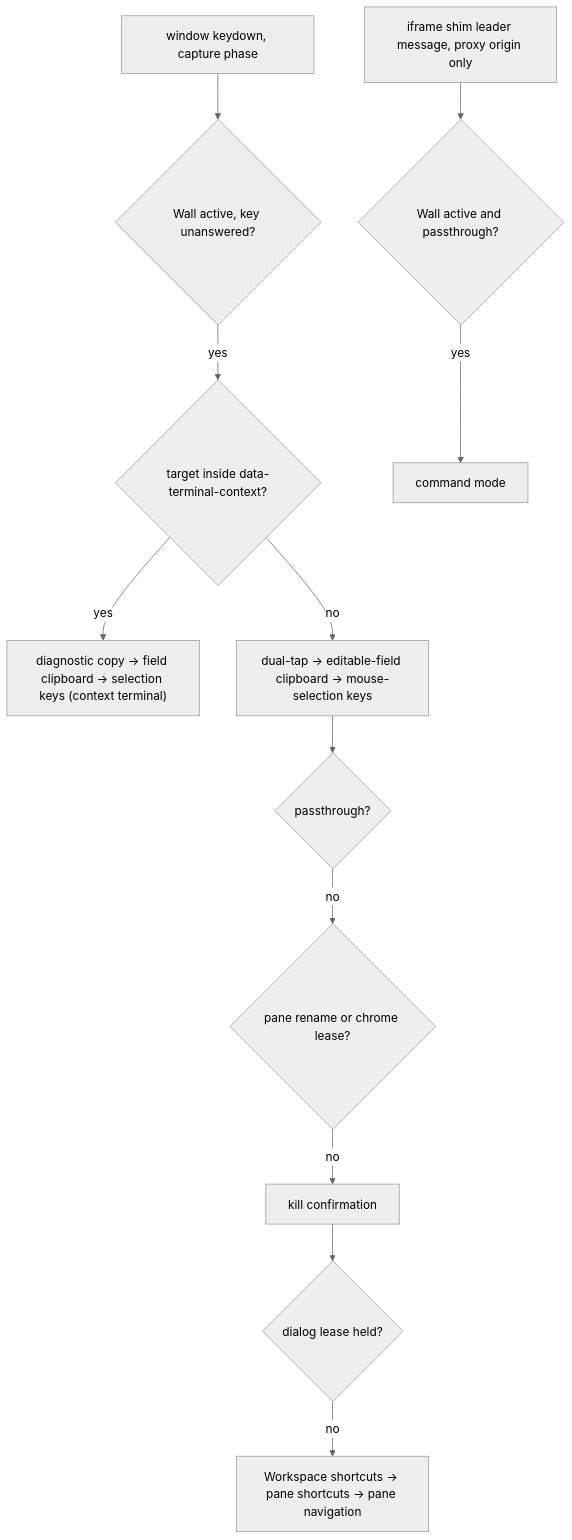
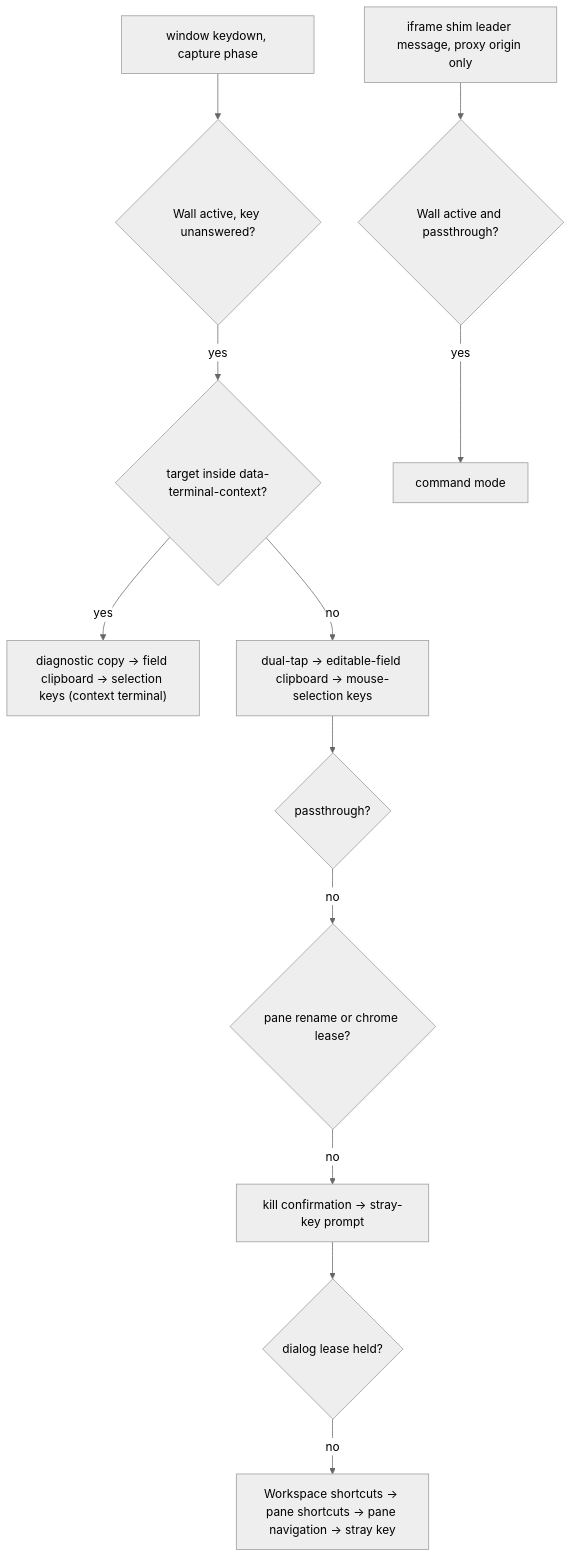
Before and after one commit to diffplug/dormouse: the first of 2 diagrams in docs/specs/layout.md, drawn with Mermaid (neutral theme). The commit also changed other lines of this file and 13 other files, not shown here.

First line of the commit message:
Raise a prompt on a stray key in command mode instead of passing it

````diff
--- a/docs/specs/layout.md
+++ b/docs/specs/layout.md
@@ -229,14 +229,14 @@
 ```mermaid
 flowchart TD
   K["window keydown, capture phase"] --> A{"Wall active, key unanswered?"}
   A -- yes --> X{"target inside data-terminal-context?"}
   X -- yes --> X1["diagnostic copy → field clipboard → selection keys (context terminal)"]
   X -- no --> D["dual-tap → editable-field clipboard → mouse-selection keys"]
   D --> P{"passthrough?"}
   P -- no --> R{"pane rename or chrome lease?"}
-  R -- no --> KC["kill confirmation"]
+  R -- no --> KC["kill confirmation → stray-key prompt"]
   KC --> DL{"dialog lease held?"}
-  DL -- no --> W["Workspace shortcuts → pane shortcuts → pane navigation"]
+  DL -- no --> W["Workspace shortcuts → pane shortcuts → pane navigation → stray key"]
   M["iframe shim leader message, proxy origin only"] --> MA{"Wall active and passthrough?"}
   MA -- yes --> CM["command mode"]
 ```
````
